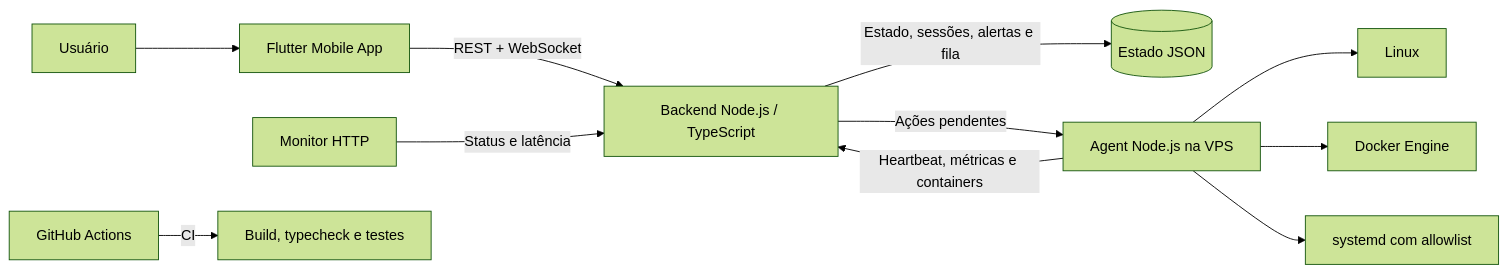
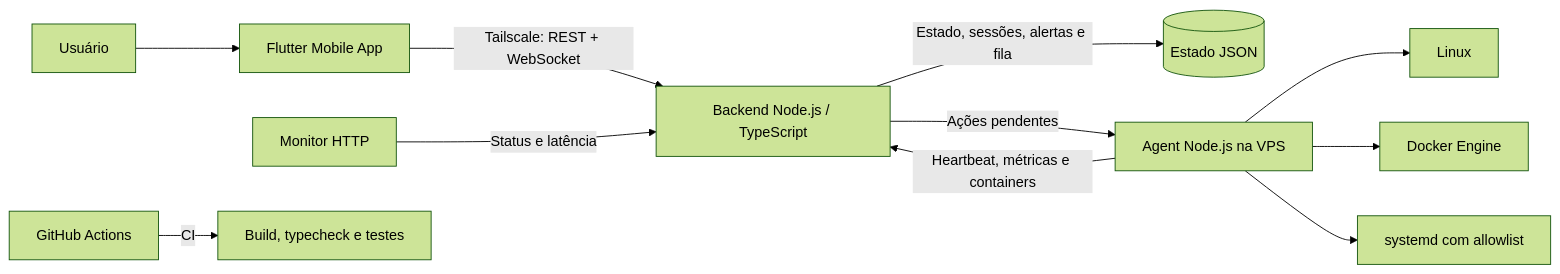
The diagram in VPS-Controller/README.md (CostaPaiiva/Portfolio-showcase), drawn with Mermaid (forest theme) before and after one commit. The commit also changed other lines of this file, not shown here.

````diff
--- a/VPS-Controller/README.md
+++ b/VPS-Controller/README.md
@@ -45,13 +45,13 @@
 ```mermaid
 flowchart LR
     U[Usuário] --> M[Flutter Mobile App]
-    M -->|REST + WebSocket| B[Backend Node.js / TypeScript]
+    M -->|Tailscale: REST + WebSocket| B[Backend Node.js / TypeScript]
     B -->|Estado, sessões, alertas e fila| S[(Estado JSON)]
     A[Agent Node.js na VPS] -->|Heartbeat, métricas e containers| B
     B -->|Ações pendentes| A
     A --> L[Linux]
     A --> D[Docker Engine]
     A --> Y[systemd com allowlist]
     X[Monitor HTTP] -->|Status e latência| B
     G[GitHub Actions] -->|CI| R[Build, typecheck e testes]
 ```
````
